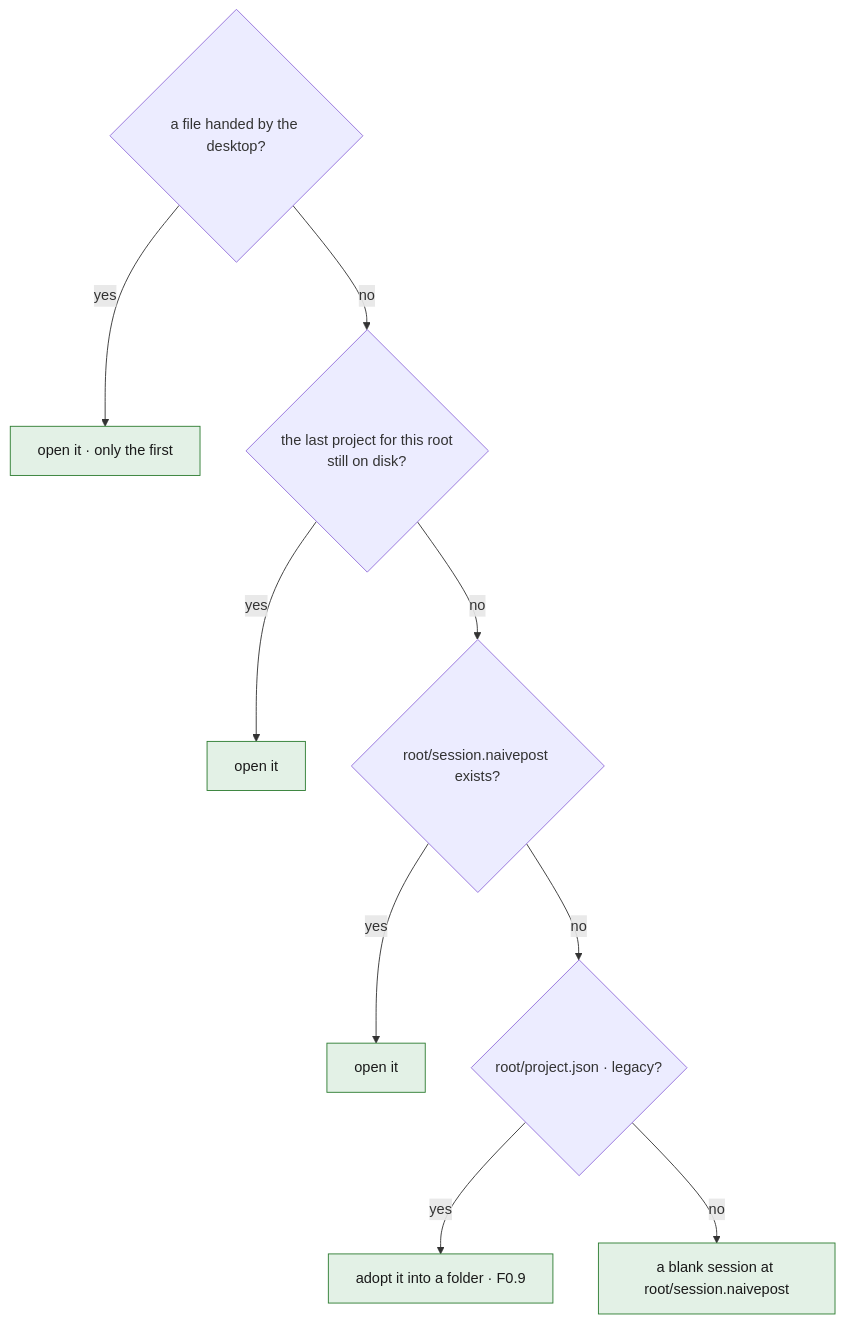
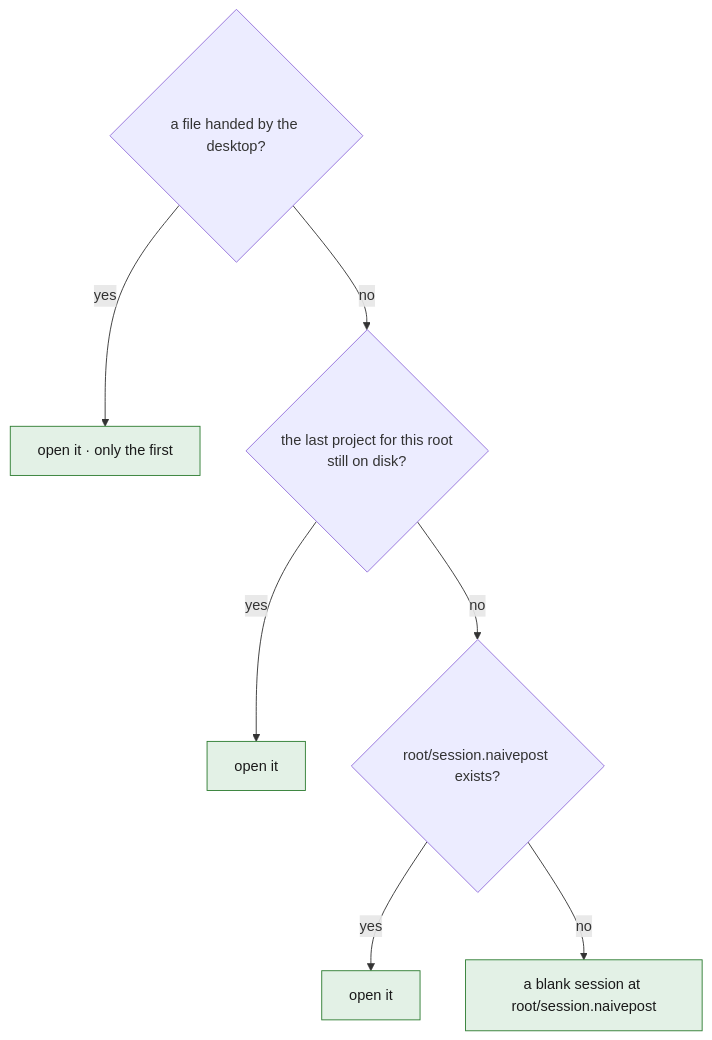
One commit to tbocek/naivepost changed the sixth of 13 diagrams in spec/03-shell.md. Above: the diagram before and after it, drawn with Mermaid. The commit also changed other lines of this file and 24 other files, not shown here.

````diff
--- a/spec/03-shell.md
+++ b/spec/03-shell.md
@@ -144,13 +149,11 @@
 ```mermaid
 flowchart TD
   A{"a file handed by the desktop?"} -- yes --> O1["open it · only the first"]:::done
   A -- no --> B{"the last project for this root<br/>still on disk?"}
   B -- yes --> O2["open it"]:::done
   B -- no --> C{"root/session.naivepost exists?"}
   C -- yes --> O3["open it"]:::done
-  C -- no --> D{"root/project.json · legacy?"}
-  D -- yes --> O4["adopt it into a folder · F0.9"]:::done
-  D -- no --> O5["a blank session at root/session.naivepost"]:::done
+  C -- no --> O5["a blank session at root/session.naivepost"]:::done
   classDef refuse fill:#fde2e1,stroke:#c01c28,color:#1a1a1a
   classDef done fill:#e3f1e6,stroke:#2e7d32,color:#1a1a1a
 ```
````
